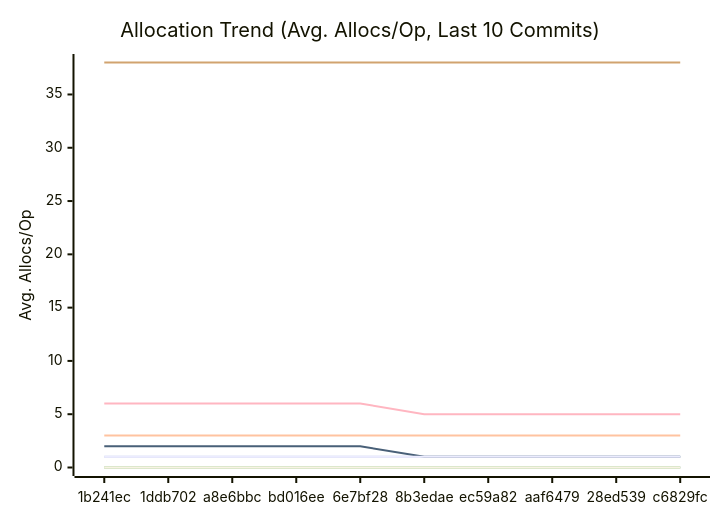
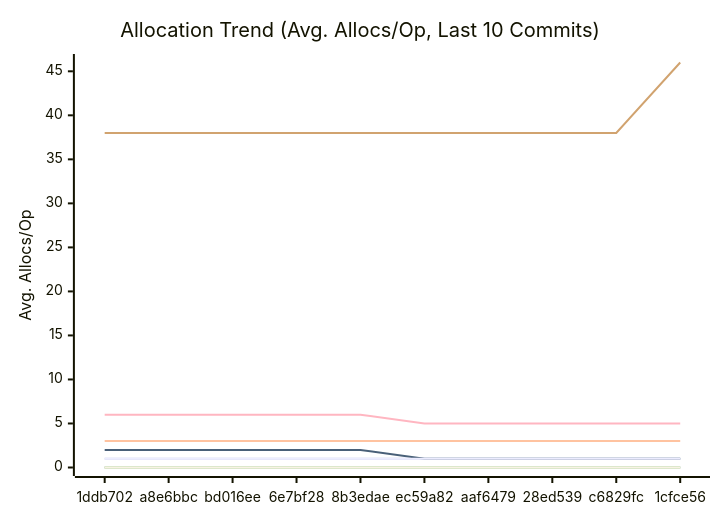
The third of 3 diagrams in docs/PERFORMANCE.md (alsotoes/momo), drawn with Mermaid before and after one commit. The commit also changed other lines of this file and 8 other files, not shown here.

````diff
--- a/docs/PERFORMANCE.md
+++ b/docs/PERFORMANCE.md
@@ -176,18 +178,18 @@
 ```mermaid
 xychart-beta
     title "Allocation Trend (Avg. Allocs/Op, Last 10 Commits)"
     x-axis "Commit"
     y-axis "Avg. Allocs/Op"
-    x-axis [1b241ec,1ddb702,a8e6bbc,bd016ee,6e7bf28,8b3edae,ec59a82,aaf6479,28ed539,c6829fc]
+    x-axis [1ddb702,a8e6bbc,bd016ee,6e7bf28,8b3edae,ec59a82,aaf6479,28ed539,c6829fc,1cfce56]
     line "CheckMetricsAndSwap" [0,0,0,0,0,0,0,0,0,0]
     line "CrushOptimized" [0,0,0,0,0,0,0,0,0,0]
     line "CrushOriginal" [3,3,3,3,3,3,3,3,3,3]
     line "IndexDirectTracking" [0,0,0,0,0,0,0,0,0,0]
     line "IndexSearch" [0,0,0,0,0,0,0,0,0,0]
-    line "LoadGlobalConfig" [38,38,38,38,38,38,38,38,38,38]
+    line "LoadGlobalConfig" [38,38,38,38,38,38,38,38,38,46]
     line "PadString" [1,1,1,1,1,1,1,1,1,1]
     line "ParseReplicationOrder_NoPrealloc" [6,6,6,6,6,5,5,5,5,5]
     line "ParseReplicationOrder_Prealloc" [2,2,2,2,2,1,1,1,1,1]
     line "SanitizeLog/Safe" [0,0,0,0,0,0,0,0,0,0]
     line "SanitizeLog/Unsafe" [1,1,1,1,1,1,1,1,1,1]
 ```
````
